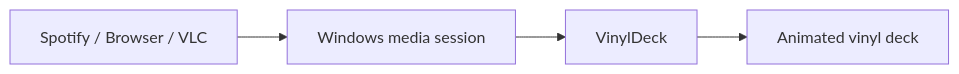
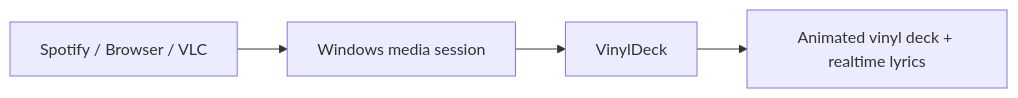
One commit to ItsRudraksh/vinyldeck changed the diagram in README.md. Above: the diagram before and after it, drawn with Mermaid. The commit also changed other lines of this file and 195 other files, not shown here.

````diff
--- a/README.md
+++ b/README.md
@@ -57,6 +58,6 @@
 ```mermaid
 flowchart LR
   Music["Spotify / Browser / VLC"] --> Windows["Windows media session"]
   Windows --> VinylDeck["VinylDeck"]
-  VinylDeck --> Scene["Animated vinyl deck"]
+  VinylDeck --> Scene["Animated vinyl deck + realtime lyrics"]
 ```
````
